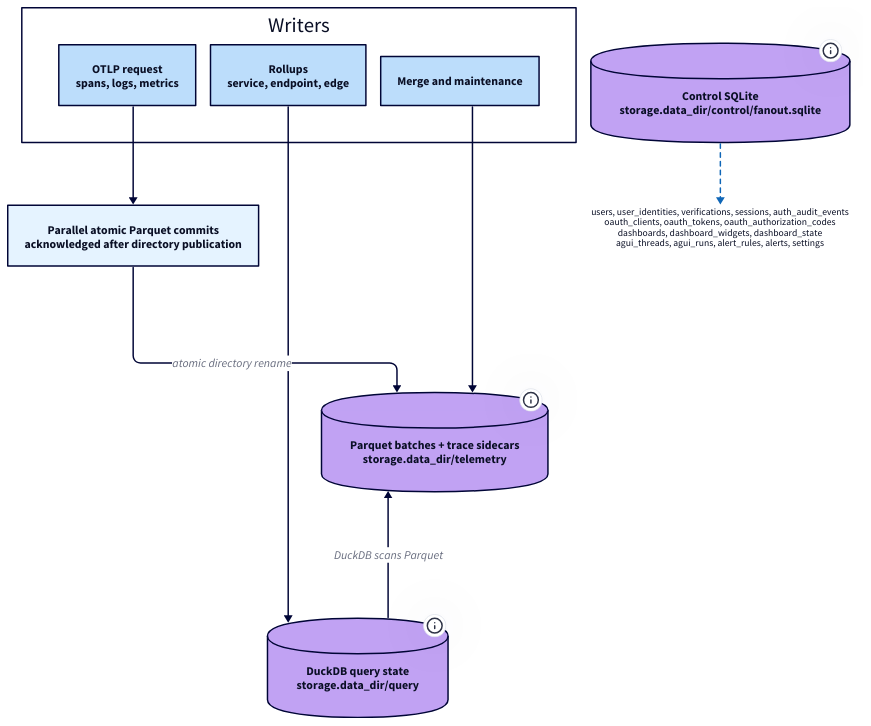
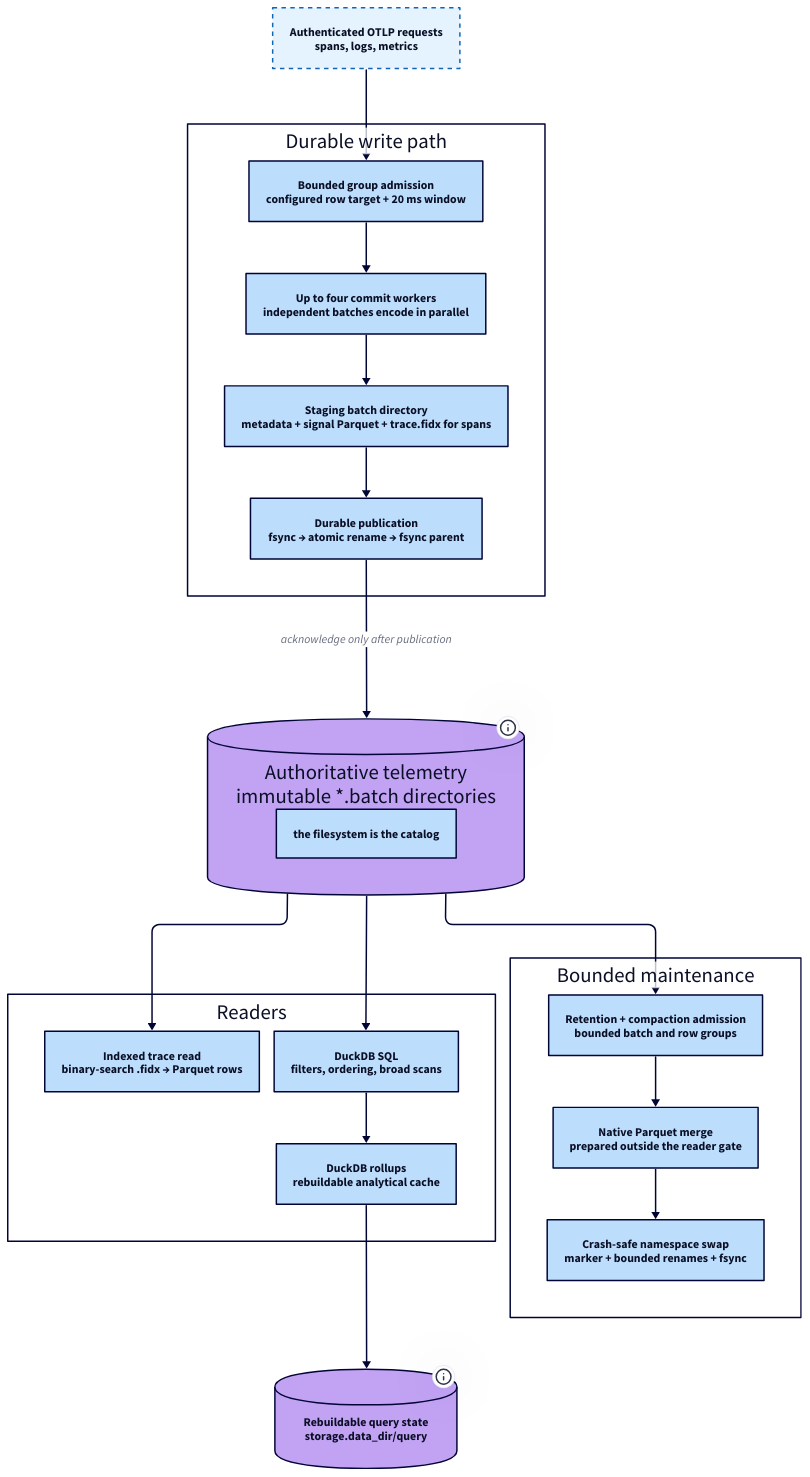
The diagram in docs/diagrams/persistence.d2 (labstack/fanout), drawn with D2 before and after one commit. The commit also changed 12 other files, not shown here.

Commit message:
docs(storage): document Parquet architecture

```diff
--- a/docs/diagrams/persistence.d2
+++ b/docs/diagrams/persistence.d2
@@ -1,53 +1,63 @@
-# Where Fanout keeps state, and what serializes writes to it.
+# How telemetry becomes durable, queryable, and compacted.
 # Render with `just diagrams`; commit the generated SVG beside this file.
 
 direction: down
 
 vars: {
   d2-config: {
     layout-engine: elk
     theme-id: 5
   }
 }
 
-writers: Writers {
-  style.fill: transparent
-  ingest: "OTLP request\nspans, logs, metrics" {shape: rectangle}
-  rollup: "Rollups\nservice, endpoint, edge" {shape: rectangle}
-  maint: "Merge and maintenance" {shape: rectangle}
+ingest: "Authenticated OTLP requests\nspans, logs, metrics" {
+  shape: rectangle
+  style.stroke-dash: 3
 }
 
-commit: "Parallel atomic Parquet commits\nacknowledged after directory publication" {
-  shape: rectangle
-  style: {
-    stroke-width: 2
-    bold: true
-  }
+writers: "Durable write path" {
+  style.fill: transparent
+  admission: "Bounded group admission\nconfigured row target + 20 ms window" {shape: rectangle}
+  workers: "Up to four commit workers\nindependent batches encode in parallel" {shape: rectangle}
+  stage: "Staging batch directory\nmetadata + signal Parquet + trace.fidx for spans" {shape: rectangle}
+  publish: "Durable publication\nfsync → atomic rename → fsync parent" {shape: rectangle}
+
+  admission -> workers
+  workers -> stage
+  stage -> publish
 }
 
-telemetry: "Parquet batches + trace sidecars\nstorage.data_dir/telemetry" {
+authority: "Authoritative telemetry\nimmutable *.batch directories" {
   shape: cylinder
-  tooltip: Authoritative telemetry and its crash-recovery state.
+  tooltip: Ordinary Parquet files are the source of truth; the filesystem is the catalog.
 }
 
-querystate: "DuckDB query state\nstorage.data_dir/query" {
-  shape: cylinder
-  tooltip: Rebuildable rollups and temp spill. Not the telemetry itself.
+readers: Readers {
+  style.fill: transparent
+  trace: "Indexed trace read\nbinary-search .fidx → Parquet rows" {shape: rectangle}
+  sql: "DuckDB SQL\nfilters, ordering, broad scans" {shape: rectangle}
+  rollups: "DuckDB rollups\nrebuildable analytical cache" {shape: rectangle}
 }
 
-control: "Control SQLite\nstorage.data_dir/control/fanout.sqlite" {
-  shape: cylinder
-  tooltip: Application state. Never on the telemetry write path.
+maintenance: "Bounded maintenance" {
+  style.fill: transparent
+  choose: "Retention + compaction admission\nbounded batch and row groups" {shape: rectangle}
+  merge: "Native Parquet merge\nprepared outside the reader gate" {shape: rectangle}
+  swap: "Crash-safe namespace swap\nmarker + bounded renames + fsync" {shape: rectangle}
+
+  choose -> merge
+  merge -> swap
 }
 
-control_tables: "users, user_identities, verifications, sessions, auth_audit_events\noauth_clients, oauth_tokens, oauth_authorization_codes\ndashboards, dashboard_widgets, dashboard_state\nagui_threads, agui_runs, alert_rules, alerts, settings" {
-  shape: text
-  style.font-size: 13
+querystate: "Rebuildable query state\nstorage.data_dir/query" {
+  shape: cylinder
+  tooltip: DuckDB rollups and temporary spill. Not authoritative telemetry.
 }
 
-writers.ingest -> commit
-commit -> telemetry: "atomic directory rename"
-writers.rollup -> querystate
-writers.maint -> telemetry
-telemetry <- querystate: "DuckDB scans Parquet"
-control -> control_tables: {style.stroke-dash: 3}
+ingest -> writers.admission
+writers.publish -> authority: "acknowledge only after publication"
+authority -> readers.trace
+authority -> readers.sql
+readers.sql -> readers.rollups
+readers.rollups -> querystate
+authority -> maintenance.choose
```
